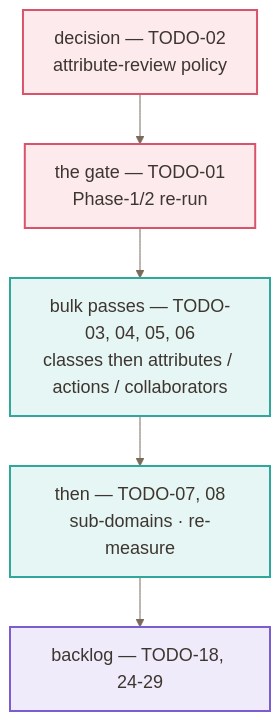
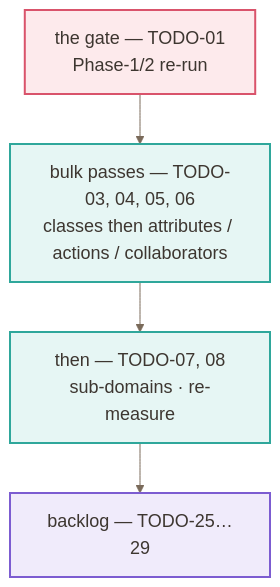
One commit to joerg-rade/domox changed the second of 2 diagrams in TODO.md. Above: the diagram before and after it, drawn with Mermaid. The commit also changed other lines of this file and 7 other files, not shown here.

Commit message:
remaining TODO's checked

````diff
--- a/TODO.md
+++ b/TODO.md
@@ -392,19 +414,18 @@
 ```mermaid
 %%{init: {'theme':'base','themeVariables':{'fontSize':'18px','primaryColor':'#FFF4E5','primaryTextColor':'#3D3630','primaryBorderColor':'#E8A33D','lineColor':'#7A6A5A','secondaryColor':'#E8F1FD','tertiaryColor':'#F0EBFB','clusterBkg':'#FBF7F1','clusterBorder':'#E0D3C0','background':'#FFFFFF'}}}%%
-%% C4 level 2 (container) — the ordering of the remaining work: a decision, the gate, then the bulk
+%% C4 level 2 (container) — the ordering of the remaining work: the gate, then the bulk
 %% passes.  Deliberately ONE column: a wide diagram is shrunk to unreadable in a narrow viewer, and
 %% every node carries an explicit classDef (an UNSTYLED box renders dark-on-dark in the IntelliJ
 %% Cline plugin, whatever the init theme says).  See docs/formatting/readability-guide.md.
 flowchart TD
     classDef gate fill:#FDEAEC,stroke:#D9536B,stroke-width:2px,color:#3D3630
     classDef bulk fill:#E6F6F4,stroke:#2FA79B,stroke-width:2px,color:#3D3630
     classDef later fill:#F0EBFB,stroke:#7C5CD1,stroke-width:2px,color:#3D3630
 
-    B["decision — TODO-02<br/>attribute-review policy"]:::gate
     C["the gate — TODO-01<br/>Phase-1/2 re-run"]:::gate
     D["bulk passes — TODO-03, 04, 05, 06<br/>classes then attributes / actions / collaborators"]:::bulk
     E["then — TODO-07, 08<br/>sub-domains · re-measure"]:::bulk
-    F["backlog — TODO-18, 24-29"]:::later
+    F["backlog — TODO-25…29"]:::later
 
-    B --> C --> D --> E --> F
+    C --> D --> E --> F
 ```
````
